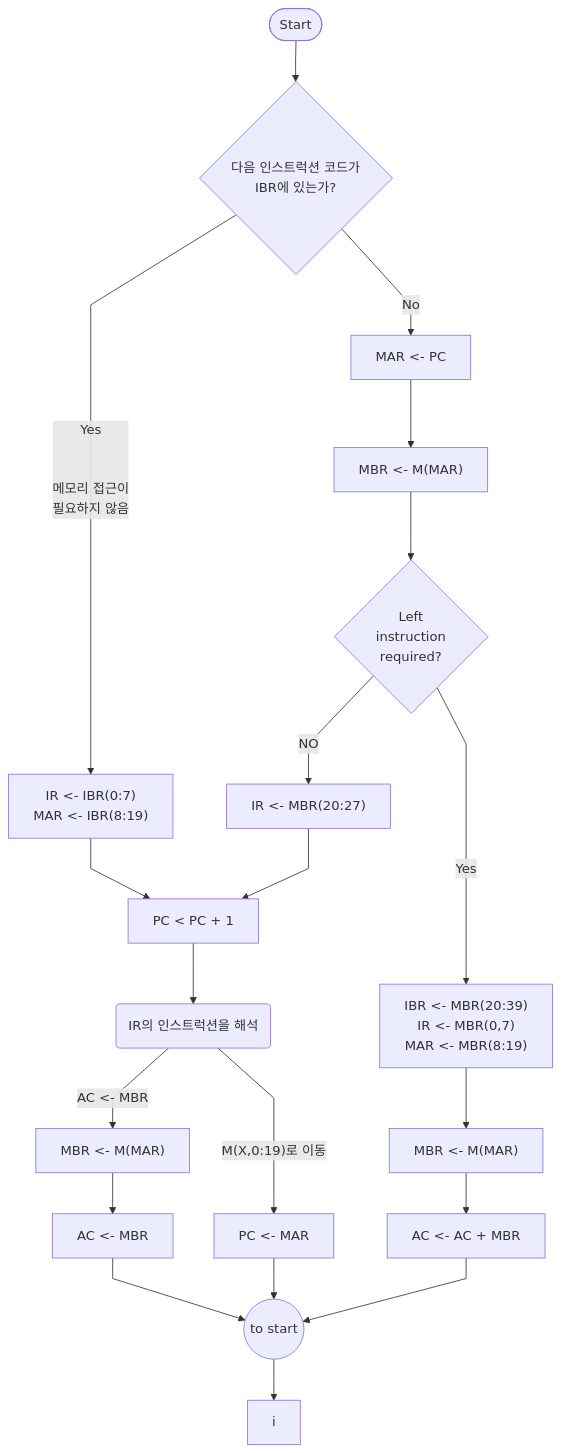
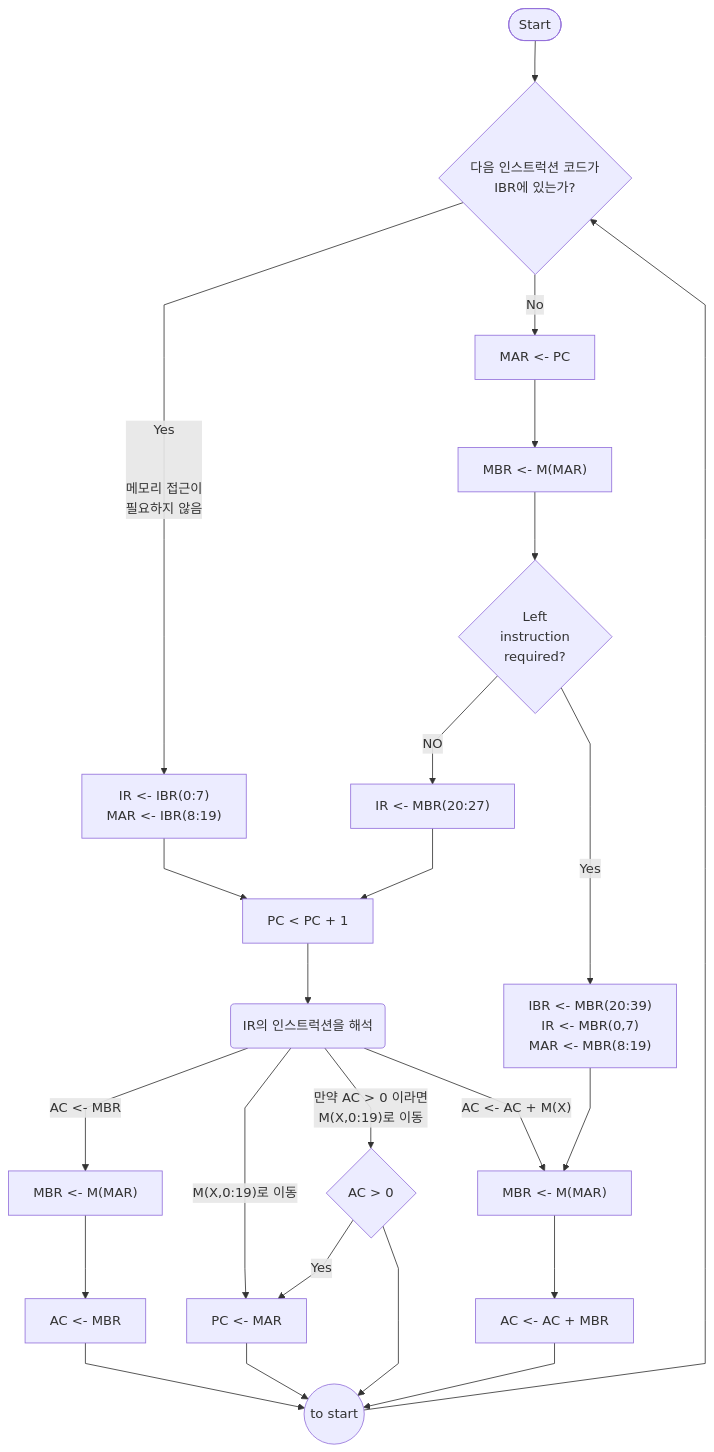
Before and after one commit to highlow12/Obsidian: the second of 2 diagrams in 1. 프로젝트/학교/컴퓨터 구조/컴퓨터 시스템 개요.md, drawn with Mermaid. The commit also changed 7 other files, not shown here.

````diff
--- a/1. 프로젝트/학교/컴퓨터 구조/컴퓨터 시스템 개요.md
+++ b/1. 프로젝트/학교/컴퓨터 구조/컴퓨터 시스템 개요.md
@@ -162,26 +162,32 @@
 ```mermaid
 %%{ init: { 'flowchart': { 'curve': 'linear' } } }%%
 flowchart TD
 	start(["Start"]) --> id1{"다음 인스트럭션 코드가\nIBR에 있는가?"}
 	id1 -->|"Yes\n\n\n 메모리 접근이\n필요하지 않음"| id2["IR <- IBR(0:7)\nMAR <- IBR(8:19)"]
 	id1 -->|No| id3["MAR <- PC"]
 	id3 --> id4["MBR <- M(MAR)"]
 	id4 --> id5{"Left\ninstruction\nrequired?"}
 	id5 -->|NO| id6["IR <- MBR(20:27)"]
 	id5 -->|Yes| id7["IBR <- MBR(20:39)\nIR <- MBR(0,7)\nMAR <- MBR(8:19)"]
 	id2 --> id8["PC < PC + 1"]
 	id6 --> id8
 	id7 --> id111["MBR <- M(MAR)"]
 	id111 --> id1111["AC <- AC + MBR"]
 	id1111 --> tostart((to start))
 	id8 --> id9(IR의 인스트럭션을 해석)
 	
 	id9 -->|"AC <- MBR"| id10["MBR <- M(MAR)"]
 	id10 --> id11["AC <- MBR"]
 	id11 --> tostart
 
 	id9 -->|"M(X,0:19)로 이동"| id12["PC <- MAR"]
 	id12 --> tostart
 
-	tostart --> i
+	id9 -->|"만약 AC > 0 이라면\nM(X,0:19)로 이동"| id13{"AC > 0"}
+	id13 -->|Yes| id12
+	id13 --> tostart
+
+	id9 -->|"AC <- AC + M(X)"| id111
+	tostart --> id1
+
 ```
````
